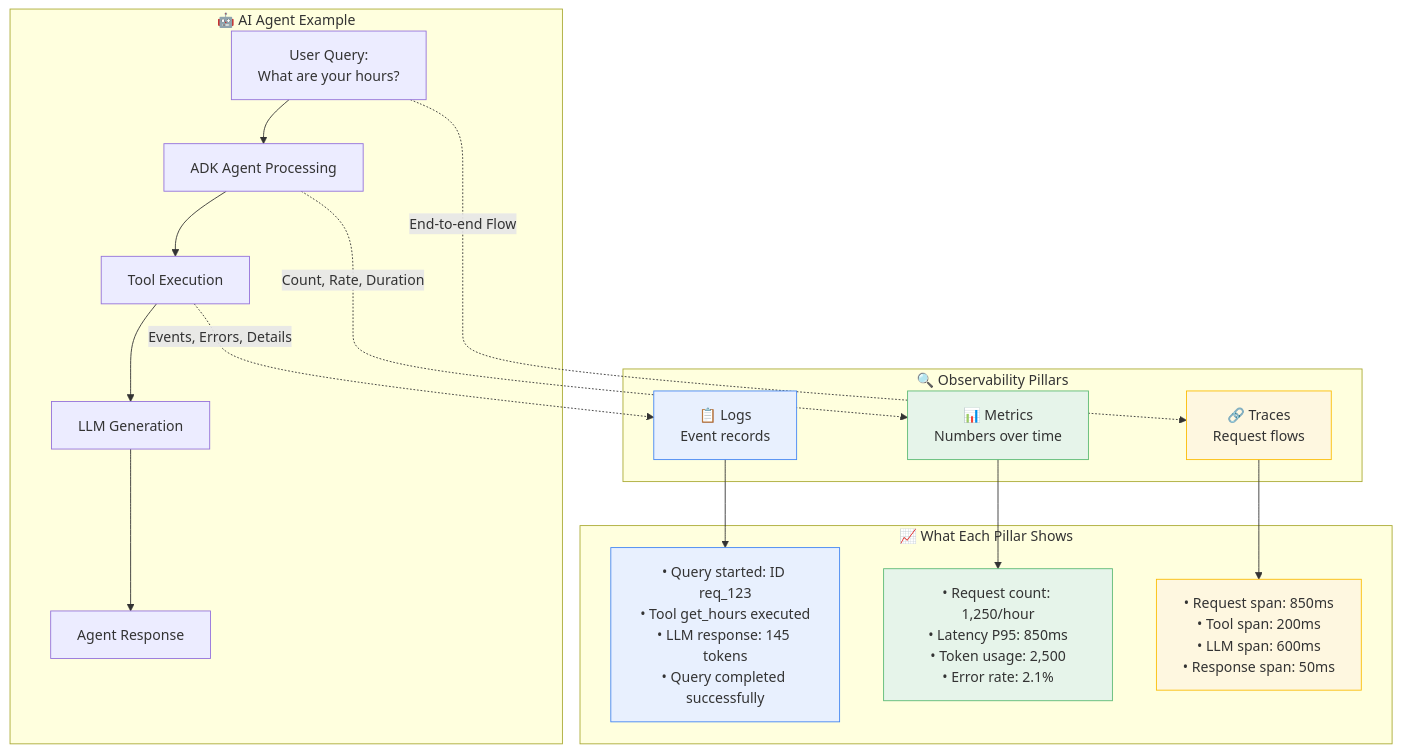
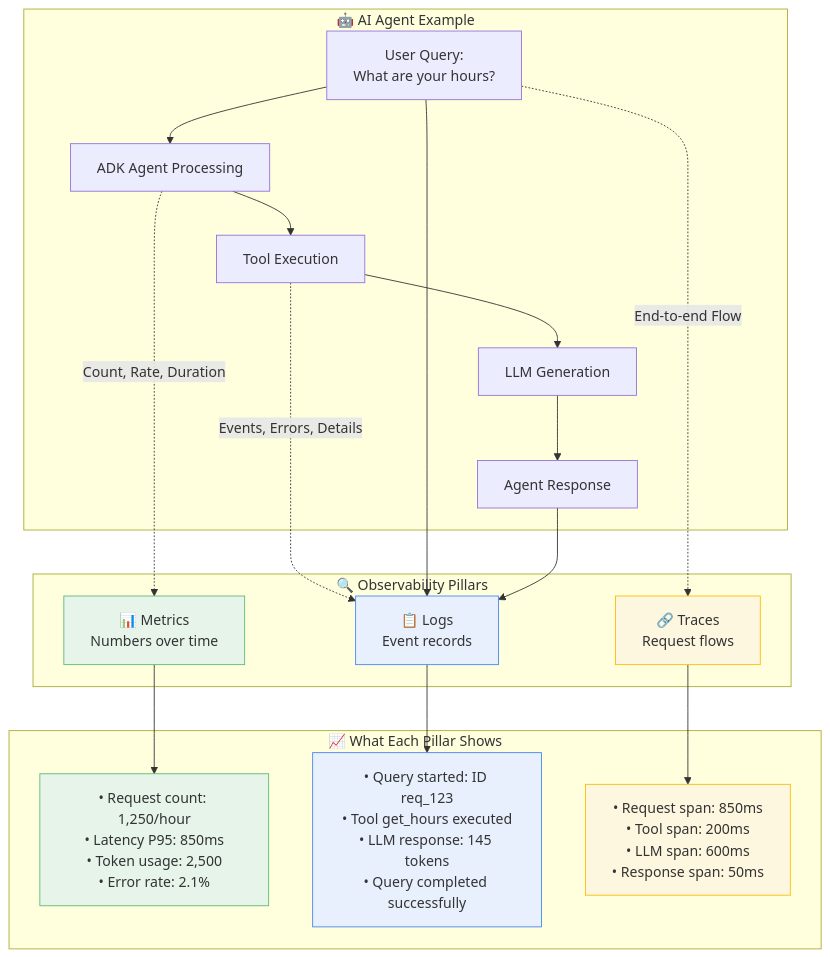
Before and after one commit to raphaelmansuy/tutorials: the first of 7 diagrams in 31_observability_llm_adk_vertex.md, drawn with Mermaid. The commit also changed other lines of this file, not shown here.

Commit message:
Enhance observability guide by updating flowcharts to include request and response logging. Add user identification to logs and improve clarity on the interaction between observability pillars for LLM generation calls.

````diff
--- a/31_observability_llm_adk_vertex.md
+++ b/31_observability_llm_adk_vertex.md
@@ -107,42 +107,46 @@
 ```mermaid
 flowchart TB
     subgraph "🔍 Observability Pillars"
         METRICS[📊 Metrics<br/>Numbers over time]
         LOGS[📋 Logs<br/>Event records]
         TRACES[🔗 Traces<br/>Request flows]
     end
 
     subgraph "🤖 AI Agent Example"
         REQUEST[User Query:<br/>What are your hours?]
         AGENT[ADK Agent Processing]
         TOOLS[Tool Execution]
         LLM[LLM Generation]
         RESPONSE[Agent Response]
     end
 
     subgraph "📈 What Each Pillar Shows"
         M_DATA[• Request count: 1,250/hour<br/>• Latency P95: 850ms<br/>• Token usage: 2,500<br/>• Error rate: 2.1%]
         L_DATA[• Query started: ID req_123<br/>• Tool get_hours executed<br/>• LLM response: 145 tokens<br/>• Query completed successfully]
         T_DATA[• Request span: 850ms<br/>• Tool span: 200ms<br/>• LLM span: 600ms<br/>• Response span: 50ms]
     end
 
     REQUEST --> AGENT
     AGENT --> TOOLS
     TOOLS --> LLM
     LLM --> RESPONSE
 
     AGENT -.->|Count, Rate, Duration| METRICS
     TOOLS -.->|Events, Errors, Details| LOGS
     REQUEST -.->|End-to-end Flow| TRACES
 
     METRICS --> M_DATA
     LOGS --> L_DATA
     TRACES --> T_DATA
 
+    REQUEST --> LOGS 
+    RESPONSE --> LOGS
+
+
     style METRICS fill:#e6f4ea,stroke:#5bb974
     style LOGS fill:#e8f0fe,stroke:#4285f4
     style TRACES fill:#fef7e0,stroke:#fbbc04
     style M_DATA fill:#e6f4ea,stroke:#5bb974
     style L_DATA fill:#e8f0fe,stroke:#4285f4
     style T_DATA fill:#fef7e0,stroke:#fbbc04
 ```
````
